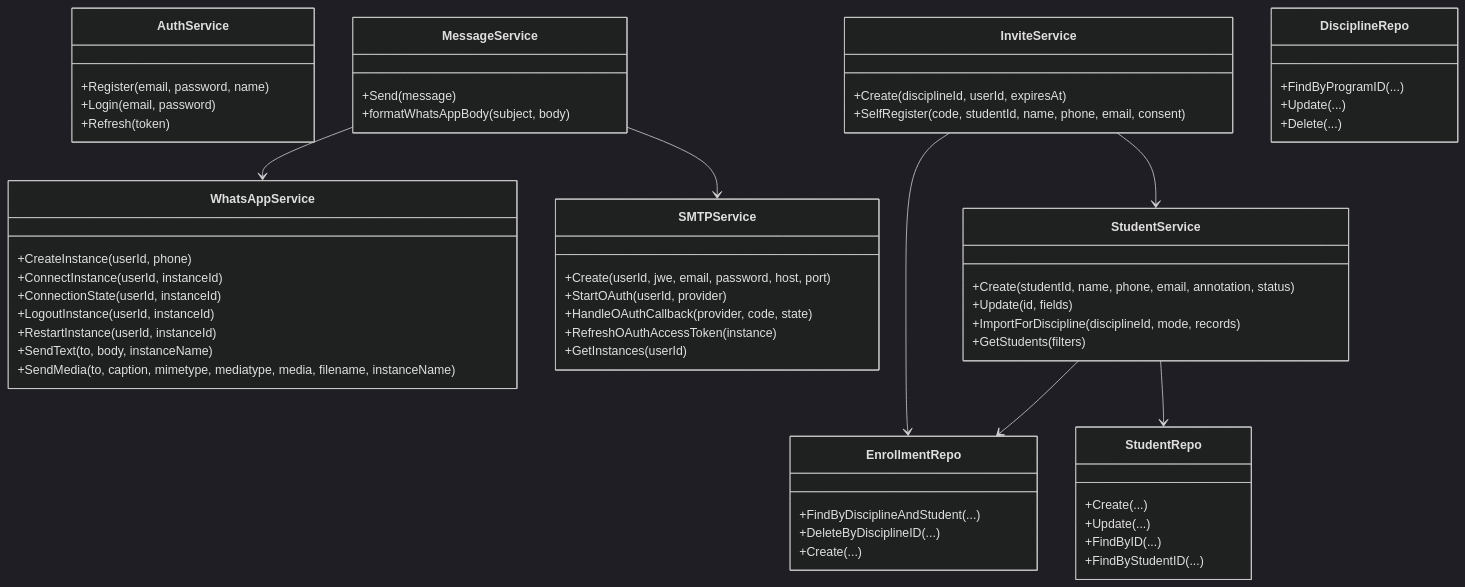
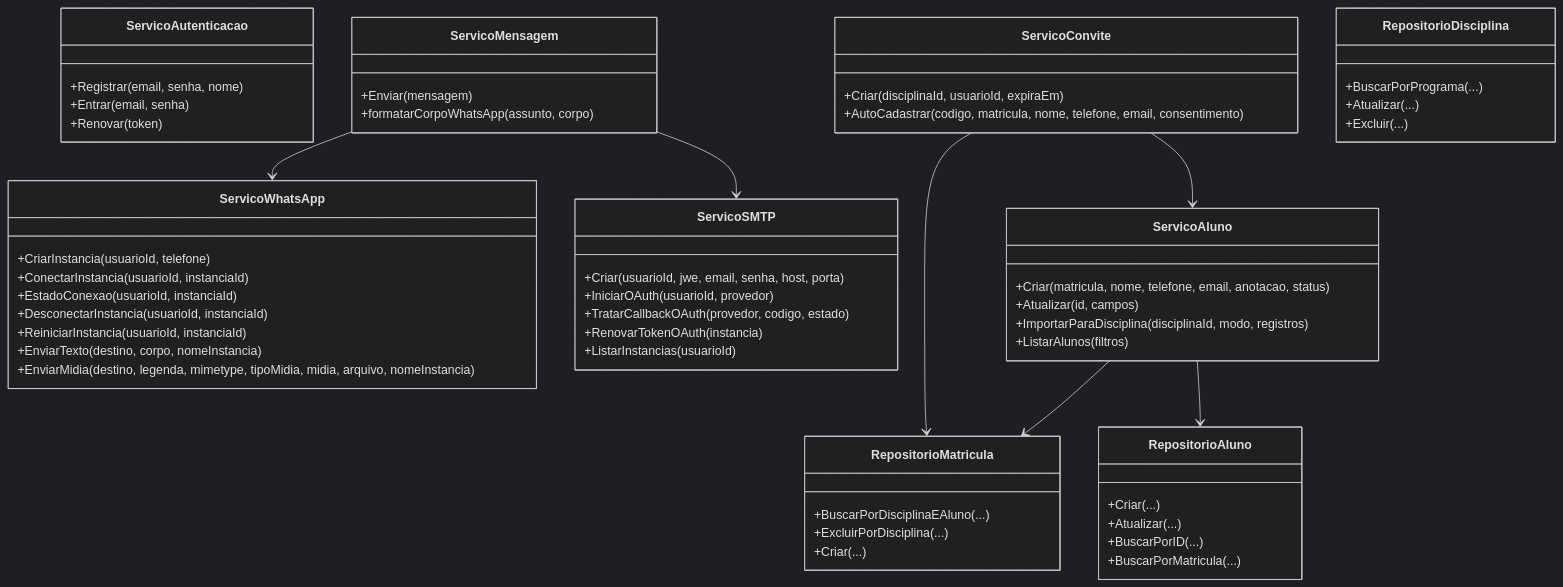
One commit to ThalysSilva/unicast-backend changed the fifth of 8 diagrams in README.md. Above: the diagram before and after it, drawn with Mermaid (dark theme). The commit also changed other lines of this file, not shown here.

Commit message:
fix: corrigindo diagramas no readme

````diff
--- a/README.md
+++ b/README.md
@@ -318,61 +318,61 @@
 ```mermaid
 classDiagram
-    class AuthService {
-      +Register(email, password, name)
-      +Login(email, password)
-      +Refresh(token)
+    class ServicoAutenticacao {
+      +Registrar(email, senha, nome)
+      +Entrar(email, senha)
+      +Renovar(token)
     }
-    class InviteService {
-      +Create(disciplineId, userId, expiresAt)
-      +SelfRegister(code, studentId, name, phone, email, consent)
+    class ServicoConvite {
+      +Criar(disciplinaId, usuarioId, expiraEm)
+      +AutoCadastrar(codigo, matricula, nome, telefone, email, consentimento)
     }
-    class MessageService {
-      +Send(message)
-      +formatWhatsAppBody(subject, body)
+    class ServicoMensagem {
+      +Enviar(mensagem)
+      +formatarCorpoWhatsApp(assunto, corpo)
     }
-    class WhatsAppService {
-      +CreateInstance(userId, phone)
-      +ConnectInstance(userId, instanceId)
-      +ConnectionState(userId, instanceId)
-      +LogoutInstance(userId, instanceId)
-      +RestartInstance(userId, instanceId)
-      +SendText(to, body, instanceName)
-      +SendMedia(to, caption, mimetype, mediatype, media, filename, instanceName)
+    class ServicoWhatsApp {
+      +CriarInstancia(usuarioId, telefone)
+      +ConectarInstancia(usuarioId, instanciaId)
+      +EstadoConexao(usuarioId, instanciaId)
+      +DesconectarInstancia(usuarioId, instanciaId)
+      +ReiniciarInstancia(usuarioId, instanciaId)
+      +EnviarTexto(destino, corpo, nomeInstancia)
+      +EnviarMidia(destino, legenda, mimetype, tipoMidia, midia, arquivo, nomeInstancia)
     }
-    class SMTPService {
-      +Create(userId, jwe, email, password, host, port)
-      +StartOAuth(userId, provider)
-      +HandleOAuthCallback(provider, code, state)
-      +RefreshOAuthAccessToken(instance)
-      +GetInstances(userId)
+    class ServicoSMTP {
+      +Criar(usuarioId, jwe, email, senha, host, porta)
+      +IniciarOAuth(usuarioId, provedor)
+      +TratarCallbackOAuth(provedor, codigo, estado)
+      +RenovarTokenOAuth(instancia)
+      +ListarInstancias(usuarioId)
     }
-    class StudentService {
-      +Create(studentId, name, phone, email, annotation, status)
-      +Update(id, fields)
-      +ImportForDiscipline(disciplineId, mode, records)
-      +GetStudents(filters)
+    class ServicoAluno {
+      +Criar(matricula, nome, telefone, email, anotacao, status)
+      +Atualizar(id, campos)
+      +ImportarParaDisciplina(disciplinaId, modo, registros)
+      +ListarAlunos(filtros)
     }
-    class EnrollmentRepo {
-      +FindByDisciplineAndStudent(...)
-      +DeleteByDisciplineID(...)
-      +Create(...)
+    class RepositorioMatricula {
+      +BuscarPorDisciplinaEAluno(...)
+      +ExcluirPorDisciplina(...)
+      +Criar(...)
     }
-    class StudentRepo {
-      +Create(...)
-      +Update(...)
-      +FindByID(...)
-      +FindByStudentID(...)
+    class RepositorioAluno {
+      +Criar(...)
+      +Atualizar(...)
+      +BuscarPorID(...)
+      +BuscarPorMatricula(...)
     }
-    class DisciplineRepo {
-      +FindByProgramID(...)
-      +Update(...)
-      +Delete(...)
+    class RepositorioDisciplina {
+      +BuscarPorPrograma(...)
+      +Atualizar(...)
+      +Excluir(...)
     }
 
-    MessageService --> WhatsAppService
-    MessageService --> SMTPService
-    InviteService --> EnrollmentRepo
-    InviteService --> StudentService
-    StudentService --> StudentRepo
-    StudentService --> EnrollmentRepo
+    ServicoMensagem --> ServicoWhatsApp
+    ServicoMensagem --> ServicoSMTP
+    ServicoConvite --> RepositorioMatricula
+    ServicoConvite --> ServicoAluno
+    ServicoAluno --> RepositorioAluno
+    ServicoAluno --> RepositorioMatricula
 ```
````
